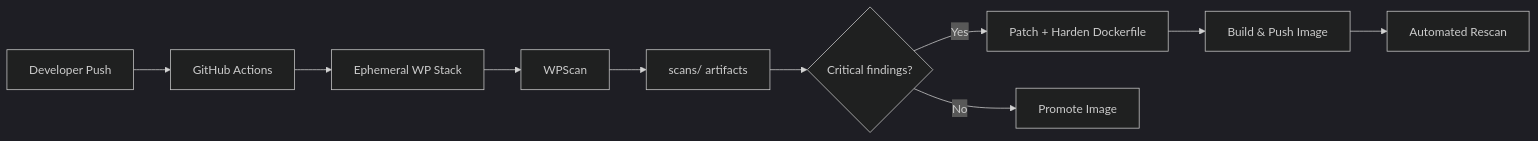
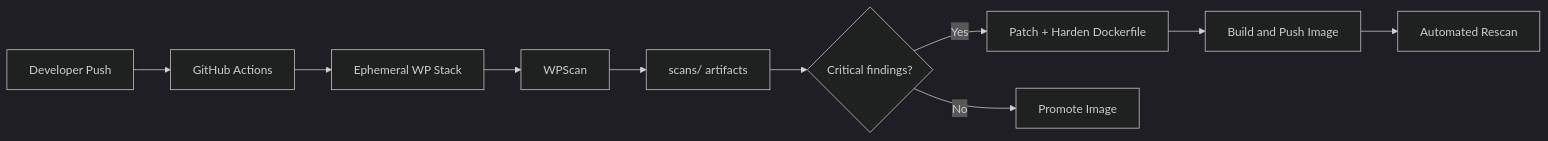
One commit to iulianigas/DSO-lab changed the diagram in docs/SECURITY_REPORT.md. Above: the diagram before and after it, drawn with Mermaid (dark theme). The commit also changed other lines of this file and 3 other files, not shown here.

````diff
--- a/docs/SECURITY_REPORT.md
+++ b/docs/SECURITY_REPORT.md
@@ -137,12 +196,12 @@
 ```mermaid
 flowchart LR
   Dev[Developer Push] --> CI[GitHub Actions]
   CI --> Deploy[Ephemeral WP Stack]
   Deploy --> Scan[WPScan]
   Scan --> Artifacts[scans/ artifacts]
   Artifacts --> Gate{Critical findings?}
   Gate -->|Yes| Remediate[Patch + Harden Dockerfile]
-  Remediate --> Build[Build & Push Image]
+  Remediate --> Build[Build and Push Image]
   Build --> Rescan[Automated Rescan]
   Gate -->|No| Release[Promote Image]
 ```
````
